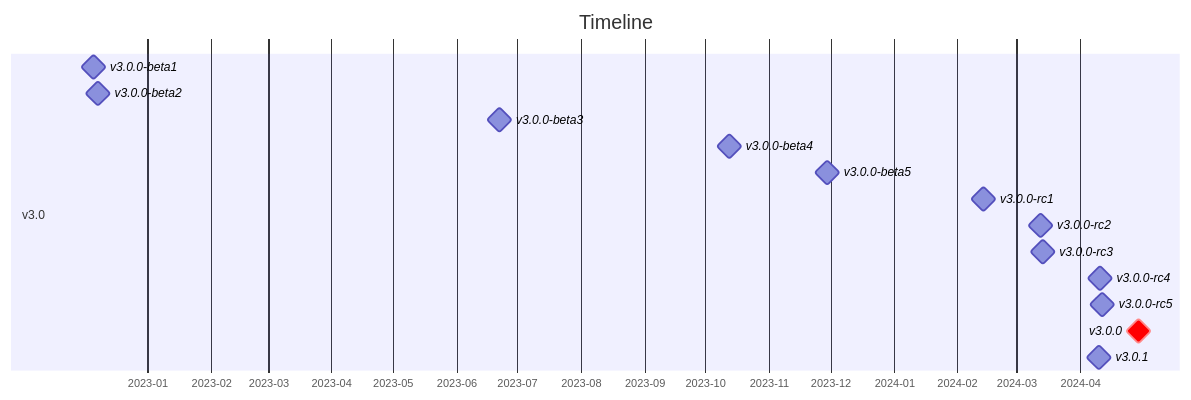
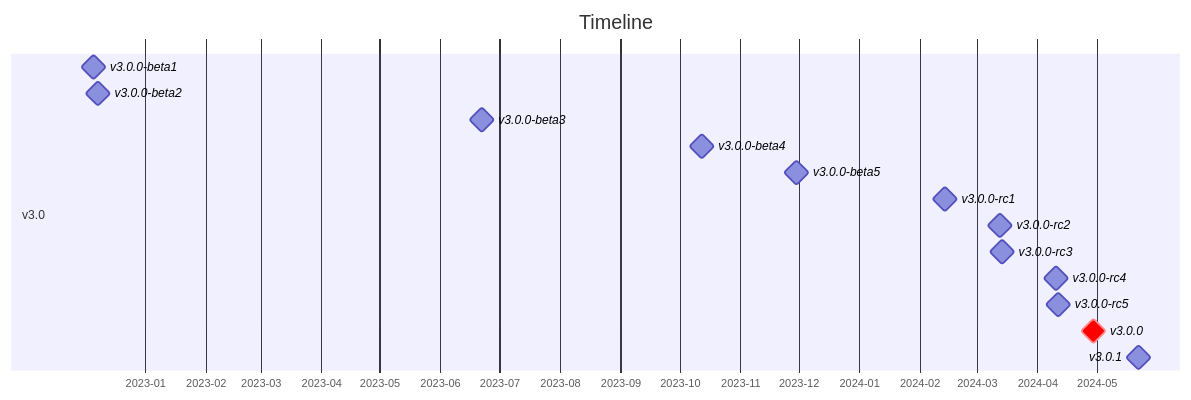
Diagram 22 of 22 in readme.md (traefik-contrib/traefik-history), drawn with Mermaid before and after one commit.

Commit message:
fix: milestone

````diff
--- a/readme.md
+++ b/readme.md
@@ -942,21 +942,21 @@
 ```mermaid
 gantt
     title Timeline
     todayMarker off
     tickInterval 1month
     axisFormat %Y-%m
     dateFormat YYYY-MM-DD HH:mm:ss
     section v3.0
         v3.0.0-beta1: milestone, 2022-12-05 16:58:04, 0d
         v3.0.0-beta2: milestone, 2022-12-07 17:26:04, 0d
         v3.0.0-beta3: milestone, 2023-06-22 01:18:05, 0d
         v3.0.0-beta4: milestone, 2023-10-12 09:48:05, 0d
         v3.0.0-beta5: milestone, 2023-11-29 16:08:05, 0d
         v3.0.0-rc1: milestone, 2024-02-13 14:38:03, 0d
         v3.0.0-rc2: milestone, 2024-03-12 15:18:04, 0d
         v3.0.0-rc3: milestone, 2024-03-13 16:46:04, 0d
         v3.0.0-rc4: milestone, 2024-04-10 16:34:03, 0d
         v3.0.0-rc5: milestone, 2024-04-11 18:24:03, 0d
         v3.0.0: crit, milestone, 2024-04-29 16:06:04, 0d
-        v3.0.1: milestone, 2024-04-10 11:52:03, 0d
+        v3.0.1: milestone, 2024-05-22 15:08:04, 0d
 ```
````
